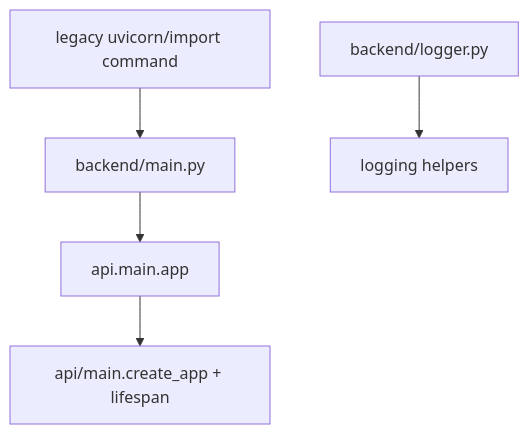
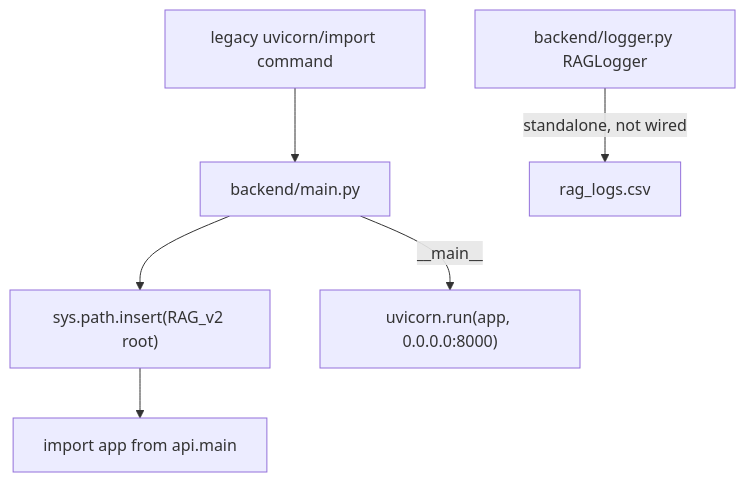
Before and after one commit to hoainam183/GR: the diagram in src/RAG_v2/backend/MODULE.md, drawn with Mermaid. The commit also changed other lines of this file and 50 other files, not shown here.

````diff
--- a/src/RAG_v2/backend/MODULE.md
+++ b/src/RAG_v2/backend/MODULE.md
@@ -29,7 +31,8 @@
 ```mermaid
 flowchart TD
   LegacyCommand["legacy uvicorn/import command"] --> BackendMain["backend/main.py"]
-  BackendMain --> APIApp["api.main.app"]
-  APIApp --> Create["api/main.create_app + lifespan"]
-  Logger["backend/logger.py"] --> Logs["logging helpers"]
+  BackendMain --> SysPath["sys.path.insert(RAG_v2 root)"]
+  SysPath --> APIApp["import app from api.main"]
+  BackendMain -->|__main__| Uvicorn["uvicorn.run(app, 0.0.0.0:8000)"]
+  Logger["backend/logger.py RAGLogger"] -->|standalone, not wired| CSV["rag_logs.csv"]
 ```
````
